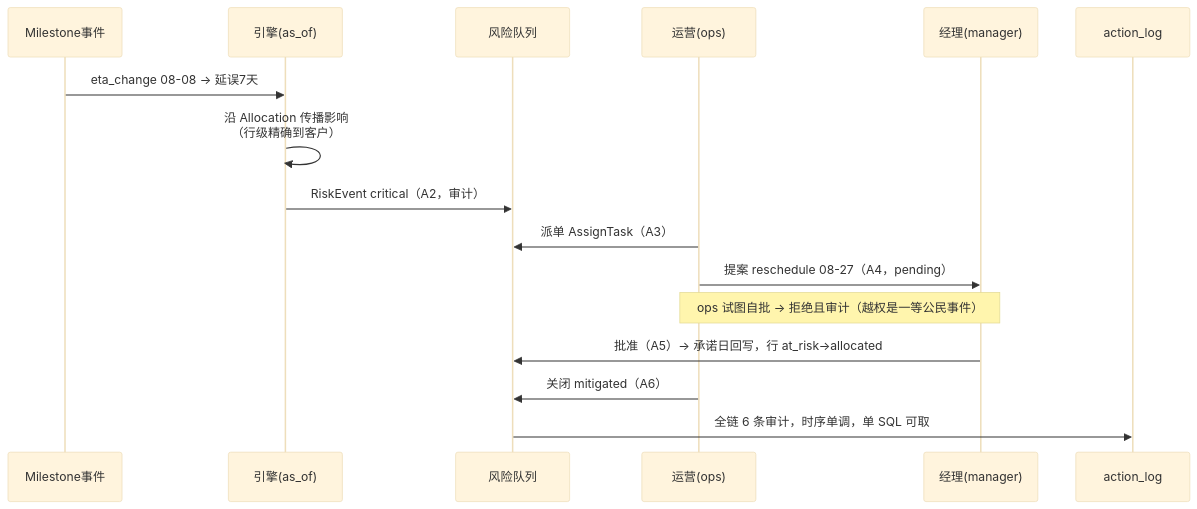
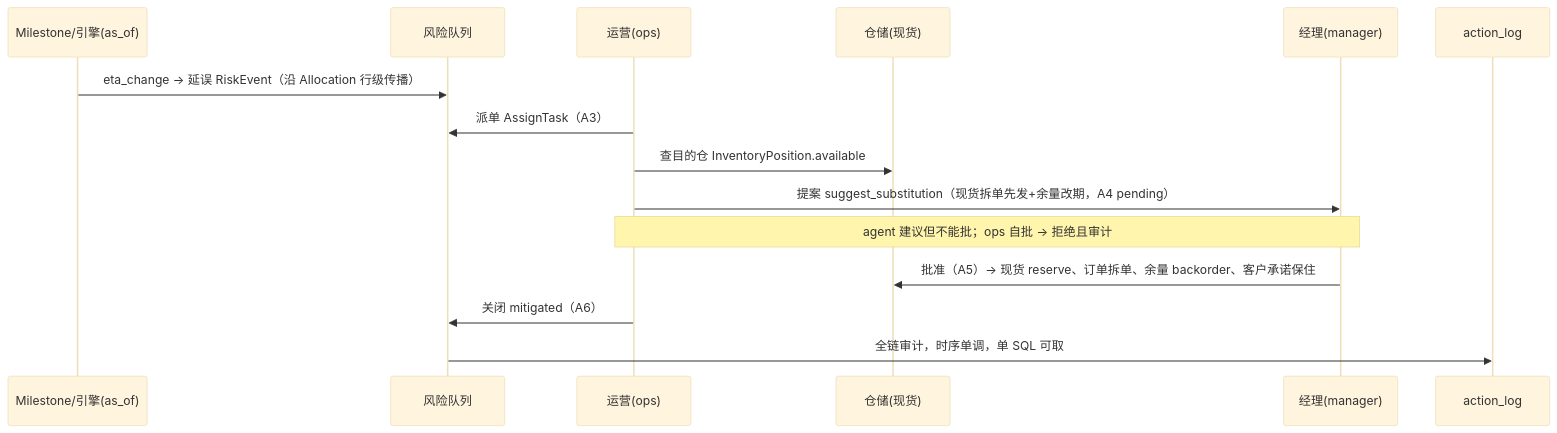
Before and after one commit to seekiingforhappiness-glitch/us-cross-border-supply-chain-whitepaper: the third of 3 diagrams in docs/architecture.md, drawn with Mermaid (base theme). The commit also changed other lines of this file and 1 other file, not shown here.

First line of the commit message:
[loop 3/15] architecture.md 刷新到当前5场景全貌

````diff
--- a/docs/architecture.md
+++ b/docs/architecture.md
@@ -77,18 +91,17 @@
 ```mermaid
 sequenceDiagram
-    participant M as Milestone事件
-    participant E as 引擎(as_of)
+    participant M as Milestone/引擎(as_of)
     participant Q as 风险队列
     participant O as 运营(ops)
+    participant W as 仓储(现货)
     participant G as 经理(manager)
     participant L as action_log
-    M->>E: eta_change 08-08 → 延误7天
-    E->>E: 沿 Allocation 传播影响<br/>（行级精确到客户）
-    E->>Q: RiskEvent critical（A2，审计）
+    M->>Q: eta_change → 延误 RiskEvent（沿 Allocation 行级传播）
     O->>Q: 派单 AssignTask（A3）
-    O->>G: 提案 reschedule 08-27（A4，pending）
-    Note over O,G: ops 试图自批 → 拒绝且审计（越权是一等公民事件）
-    G->>Q: 批准（A5）→ 承诺日回写，行 at_risk→allocated
+    O->>W: 查目的仓 InventoryPosition.available
+    O->>G: 提案 suggest_substitution（现货拆单先发+余量改期，A4 pending）
+    Note over O,G: agent 建议但不能批；ops 自批 → 拒绝且审计
+    G->>W: 批准（A5）→ 现货 reserve、订单拆单、余量 backorder、客户承诺保住
     O->>Q: 关闭 mitigated（A6）
-    Q->>L: 全链 6 条审计，时序单调，单 SQL 可取
+    Q->>L: 全链审计，时序单调，单 SQL 可取
 ```
````
